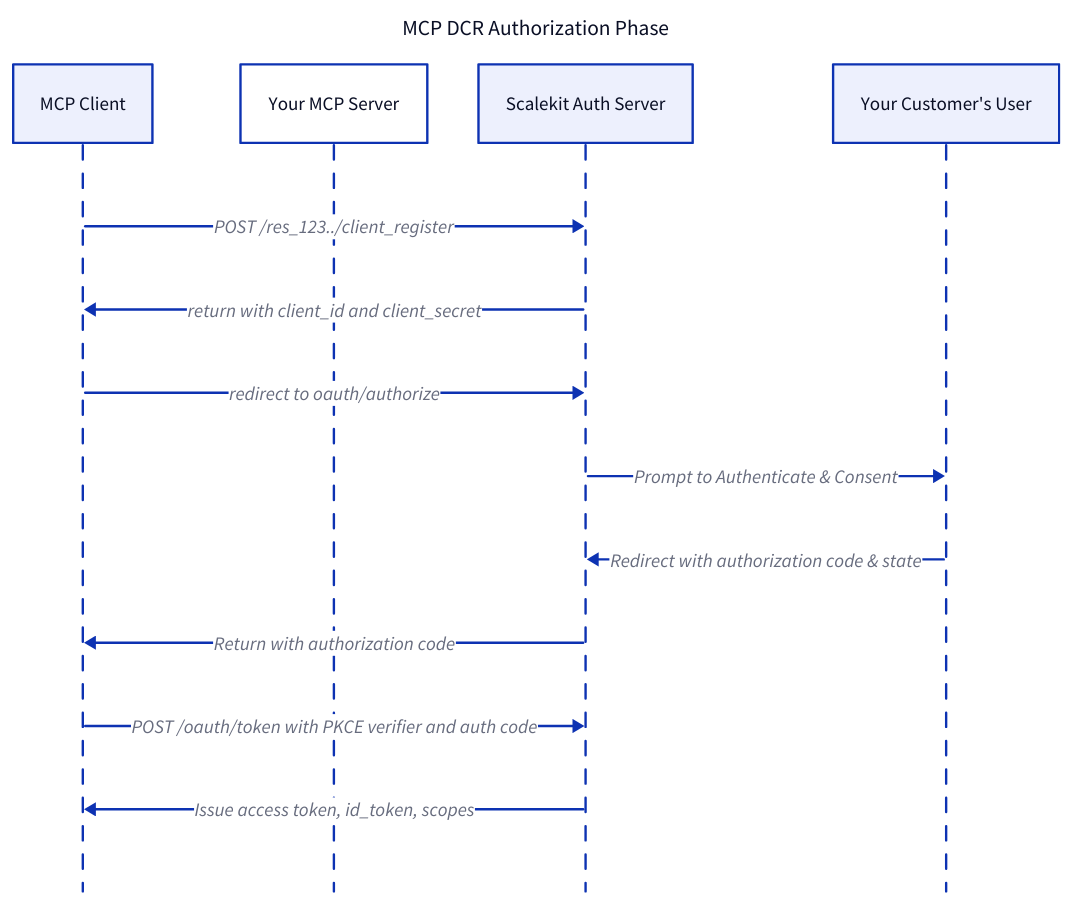
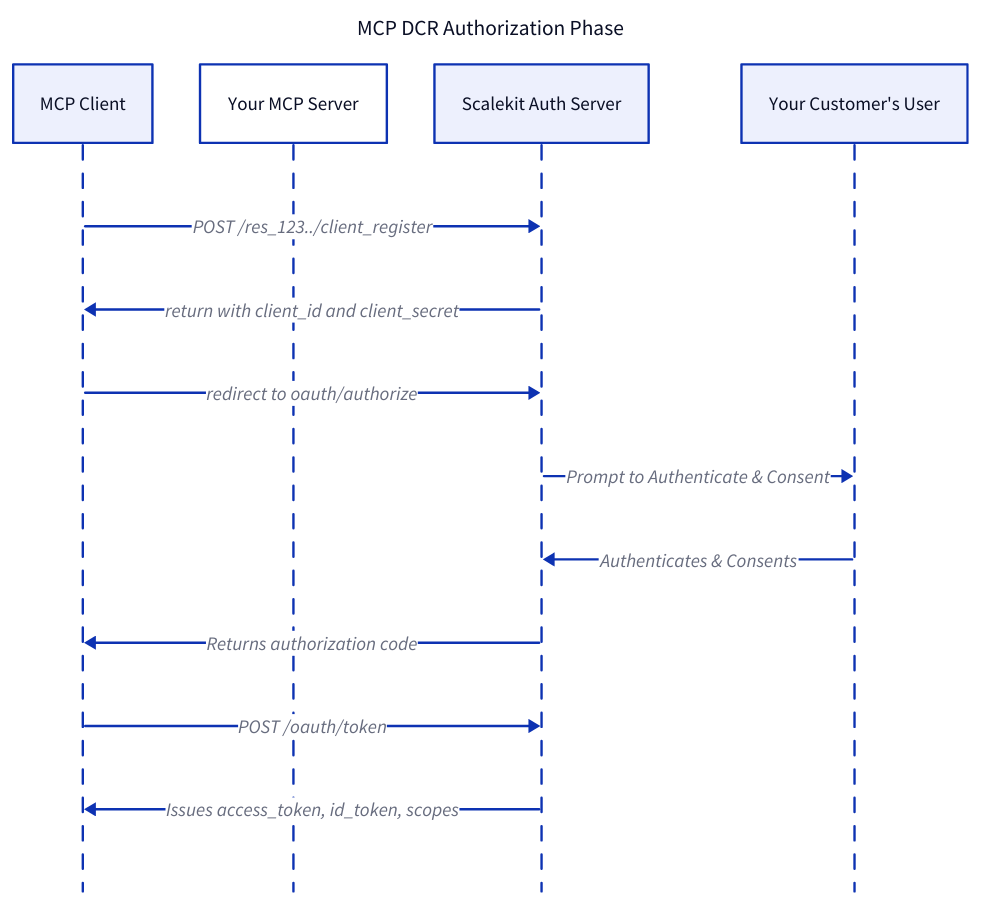
The second of 4 diagrams in src/content/docs/authenticate/mcp/overview.mdx (scalekit-inc/developer-docs), drawn with D2 before and after one commit. The commit also changed other lines of this file and 8 other files, not shown here.

````diff
--- a/src/content/docs/authenticate/mcp/overview.mdx
+++ b/src/content/docs/authenticate/mcp/overview.mdx
@@ -163,23 +115,23 @@
 ```d2 pad=36
 title: "MCP DCR Authorization Phase" {
   near: top-center
   shape: text
   style.font-size: 18
 }
 
 shape: sequence_diagram
 
 MCP Client
 Your MCP Server
 Scalekit Auth Server
 Your Customer's User
 
 MCP Client -> Scalekit Auth Server: POST /res_123../client_register
 Scalekit Auth Server -> MCP Client: return with client_id and client_secret
 MCP Client -> Scalekit Auth Server: redirect to oauth/authorize
 Scalekit Auth Server -> Your Customer's User: Prompt to Authenticate & Consent
-Your Customer's User -> Scalekit Auth Server: Redirect with authorization code & state
-Scalekit Auth Server -> MCP Client: Return with authorization code
-MCP Client -> Scalekit Auth Server: POST /oauth/token with PKCE verifier and auth code
-Scalekit Auth Server -> MCP Client: Issue access token, id_token, scopes 
+Your Customer's User -> Scalekit Auth Server: Authenticates & Consents
+Scalekit Auth Server -> MCP Client: Returns authorization code
+MCP Client -> Scalekit Auth Server: POST /oauth/token
+Scalekit Auth Server -> MCP Client: Issues access_token, id_token, scopes 
 ```
````
